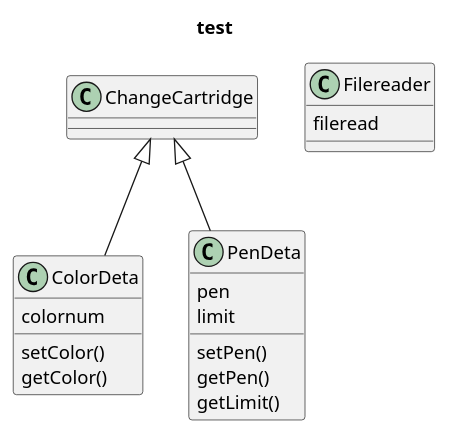
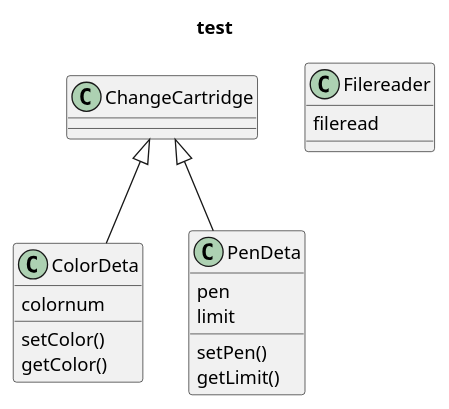
Before and after one commit to m4s4y4/9-: the diagram in 12/test2.wsd, drawn with PlantUML. The commit also changed 7 other files, not shown here.

Commit message:
add class"filereader" make interface update uml

```diff
--- a/12/test2.wsd
+++ b/12/test2.wsd
@@ -1,31 +1,30 @@
 @startuml
 title test
 ChangeCartridge <|-- ColorDeta
 ChangeCartridge <|-- PenDeta
 
 class PenDeta{
     pen
     limit
 
     setPen()
-    getPen()
     getLimit()
 }
 
 class ColorDeta{
     colornum
 
     setColor()
     getColor()
 }
 
 class ChangeCartridge{
 
 
 }
 
 class Filereader{
     fileread
 }
 
 @enduml
```
